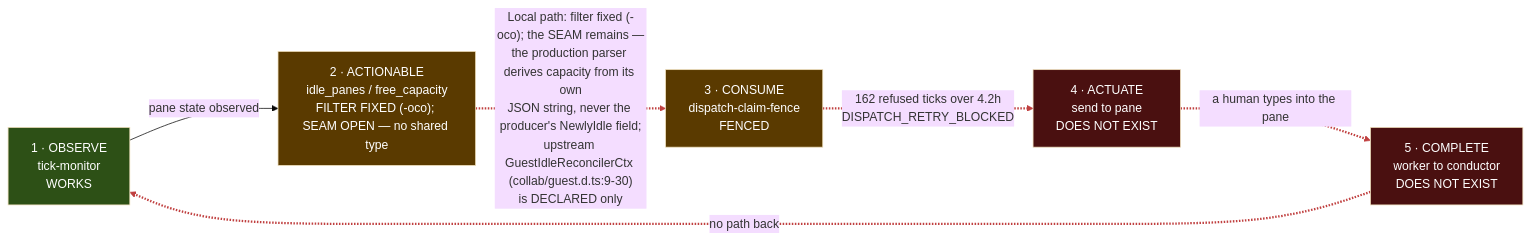
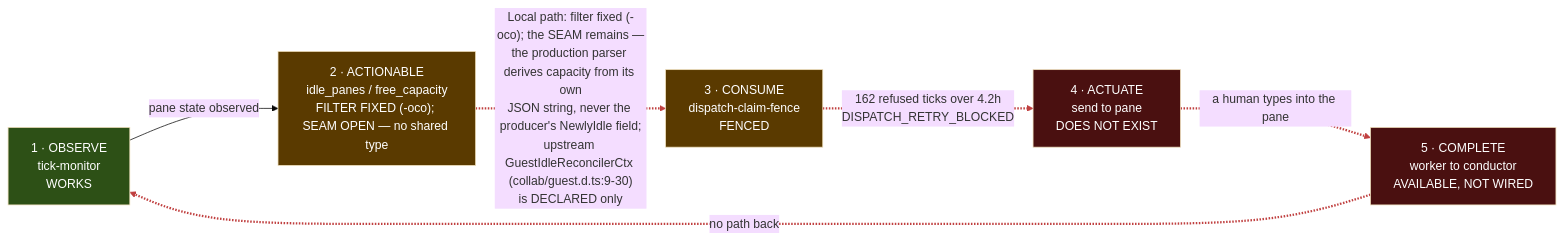
Before and after one commit to JYeswak/omp-orchestrator: the third of 6 diagrams in docs/plan/04-diagrams.md, drawn with Mermaid (base theme). The commit also changed 1 other file, not shown here.

Commit message:
fix(convergence): align 04-diagrams and 07-installability with the 00-brief completion correction [test]
04-diagrams: CMP node DO NOT EXIST -> AVAILABLE, NOT WIRED (matches
00-brief §4 AgentEndEvent wire-proven correction).

07-installability: complete row DO NOT EXIST -> AVAILABLE, NOT WIRED
(same source). The actuate row correctly remains DOES NOT EXIST.

````diff
--- a/docs/plan/04-diagrams.md
+++ b/docs/plan/04-diagrams.md
@@ -179,25 +179,25 @@
 ```mermaid
 graph LR
     OBS["1 · OBSERVE<br/>tick-monitor<br/>WORKS"]
     ACT["2 · ACTIONABLE<br/>idle_panes / free_capacity<br/>FILTER FIXED (-oco); SEAM OPEN — no shared type"]
     CON["3 · CONSUME<br/>dispatch-claim-fence<br/>FENCED"]
     ACU["4 · ACTUATE<br/>send to pane<br/>DOES NOT EXIST"]
-    CMP["5 · COMPLETE<br/>worker to conductor<br/>DOES NOT EXIST"]
+    CMP["5 · COMPLETE<br/>worker to conductor<br/>AVAILABLE, NOT WIRED"]
 
     OBS -->|pane state observed| ACT
     ACT -.->|"Local path: filter fixed (-oco); the SEAM remains —<br/>the production parser derives capacity from its own<br/>JSON string, never the producer's NewlyIdle field;<br/>upstream GuestIdleReconcilerCtx (collab/guest.d.ts:9-30)<br/>is DECLARED only"| CON
     CON -.->|"162 refused ticks over 4.2h<br/>DISPATCH_RETRY_BLOCKED"| ACU
     ACU -.->|"a human types into the pane"| CMP
     CMP -.->|"no path back"| OBS
 
     style OBS fill:#2d5016,color:#fff
     style ACT fill:#5a3a00,color:#fff
     style CON fill:#5a3a00,color:#fff
     style ACU fill:#4a1010,color:#fff
     style CMP fill:#4a1010,color:#fff
 
     linkStyle 1 stroke:#c04040,stroke-width:3px
     linkStyle 2 stroke:#c04040,stroke-width:3px
     linkStyle 3 stroke:#c04040,stroke-width:3px
     linkStyle 4 stroke:#c04040,stroke-width:3px
 ```
````
